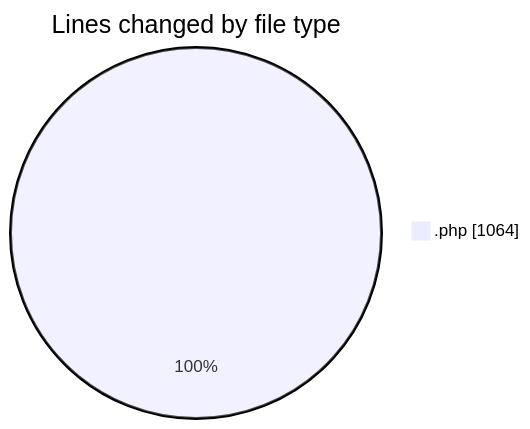
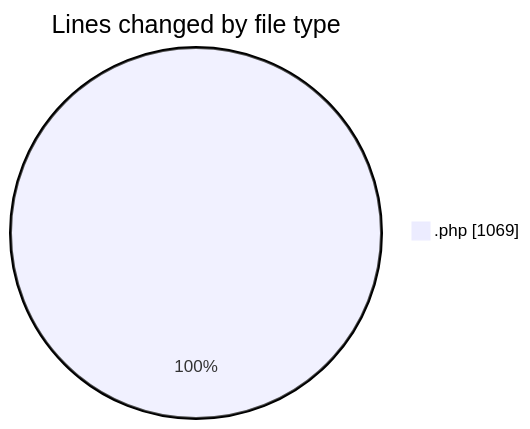
Before and after one commit to debugP/code-tracking: the first of 2 diagrams in 2025-09-24/plugins/README.md, drawn with Mermaid. The commit also changed other lines of this file and 1 other file, not shown here.

````diff
--- a/2025-09-24/plugins/README.md
+++ b/2025-09-24/plugins/README.md
@@ -20,5 +20,5 @@
 ```mermaid
 pie showData
 title Lines changed by file type
-".php" : 1064
+".php" : 1069
 ```
````
